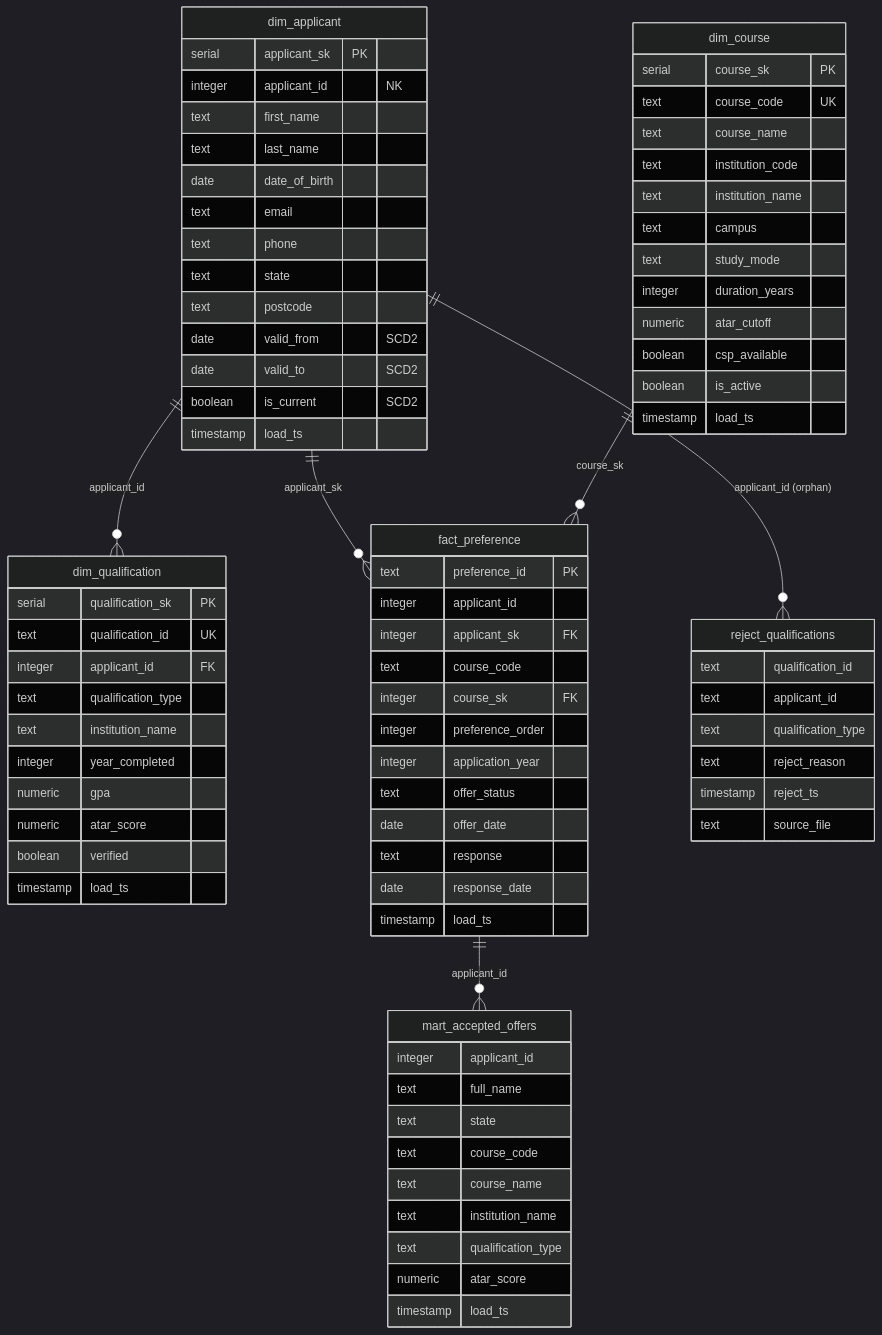
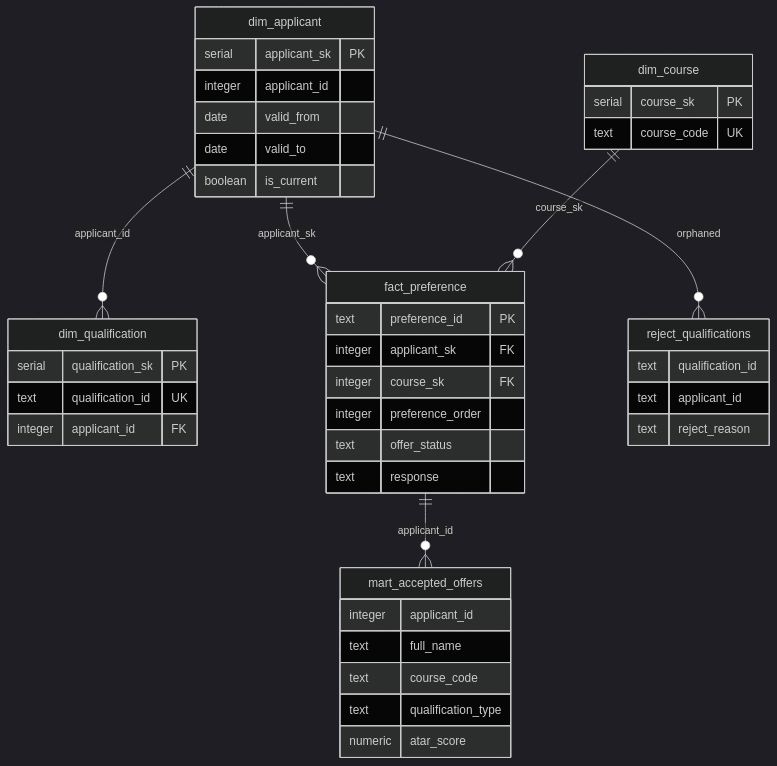
The diagram in README.md (MidhunRaj12/qtac-warehouse), drawn with Mermaid (dark theme) before and after one commit.

Commit message:
Docs: diagram Fix

````diff
--- a/README.md
+++ b/README.md
@@ -33,88 +33,50 @@
 ```mermaid
 erDiagram
     dim_applicant {
-        serial      applicant_sk    PK
-        integer     applicant_id    "NK"
-        text        first_name
-        text        last_name
-        date        date_of_birth
-        text        email
-        text        phone
-        text        state
-        text        postcode
-        date        valid_from      "SCD2"
-        date        valid_to        "SCD2"
-        boolean     is_current      "SCD2"
-        timestamp   load_ts
+        serial  applicant_sk PK
+        integer applicant_id
+        date    valid_from
+        date    valid_to
+        boolean is_current
     }
 
     dim_course {
-        serial        course_sk        PK
-        text          course_code      UK
-        text          course_name
-        text          institution_code
-        text          institution_name
-        text          campus
-        text          study_mode
-        integer       duration_years
-        numeric       atar_cutoff
-        boolean       csp_available
-        boolean       is_active
-        timestamp     load_ts
+        serial course_sk PK
+        text   course_code UK
     }
 
     dim_qualification {
-        serial    qualification_sk   PK
-        text      qualification_id   UK
-        integer   applicant_id       FK
-        text      qualification_type
-        text      institution_name
-        integer   year_completed
-        numeric   gpa
-        numeric   atar_score
-        boolean   verified
-        timestamp load_ts
+        serial  qualification_sk PK
+        text    qualification_id UK
+        integer applicant_id FK
     }
 
     fact_preference {
-        text      preference_id    PK
-        integer   applicant_id
-        integer   applicant_sk     FK
-        text      course_code
-        integer   course_sk        FK
-        integer   preference_order
-        integer   application_year
-        text      offer_status
-        date      offer_date
-        text      response
-        date      response_date
-        timestamp load_ts
+        text    preference_id PK
+        integer applicant_sk FK
+        integer course_sk FK
+        integer preference_order
+        text    offer_status
+        text    response
     }
 
     reject_qualifications {
-        text      qualification_id
-        text      applicant_id
-        text      qualification_type
-        text      reject_reason
-        timestamp reject_ts
-        text      source_file
+        text qualification_id
+        text applicant_id
+        text reject_reason
     }
 
     mart_accepted_offers {
-        integer   applicant_id
-        text      full_name
-        text      state
-        text      course_code
-        text      course_name
-        text      institution_name
-        text      qualification_type
-        numeric   atar_score
-        timestamp load_ts
+        integer applicant_id
+        text    full_name
+        text    course_code
+        text    qualification_type
+        numeric atar_score
     }
 
-    dim_applicant     ||--o{ fact_preference     : "applicant_sk"
-    dim_course        ||--o{ fact_preference     : "course_sk"
-    dim_applicant     ||--o{ dim_qualification   : "applicant_id"
-    dim_applicant     ||--o{ reject_qualifications : "applicant_id (orphan)"
-    fact_preference   ||--o{ mart_accepted_offers  : "applicant_id"
+    dim_applicant    ||--o{ fact_preference      : "applicant_sk"
+    dim_course       ||--o{ fact_preference      : "course_sk"
+    dim_applicant    ||--o{ dim_qualification    : "applicant_id"
+    dim_applicant    ||--o{ reject_qualifications: "orphaned"
+    fact_preference  ||--o{ mart_accepted_offers : "applicant_id"
 ```
````
